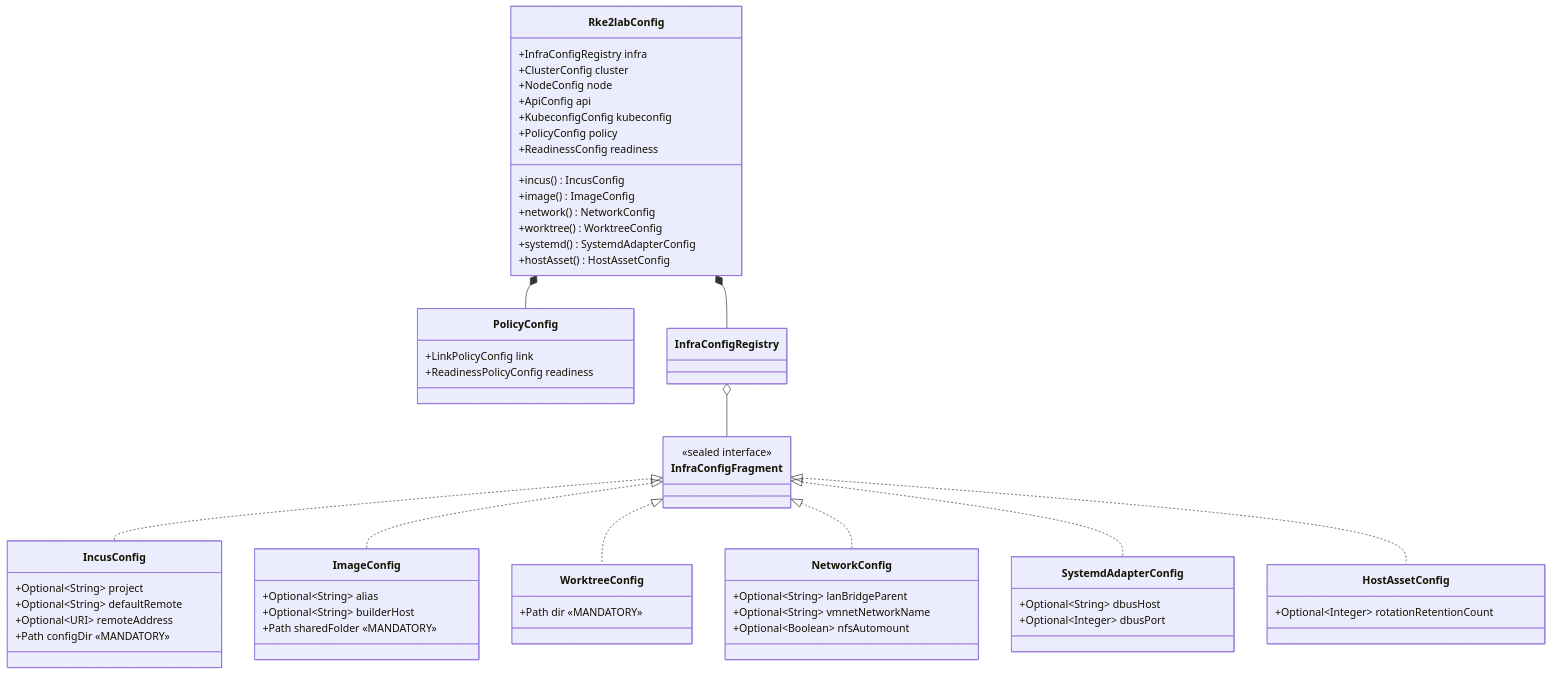
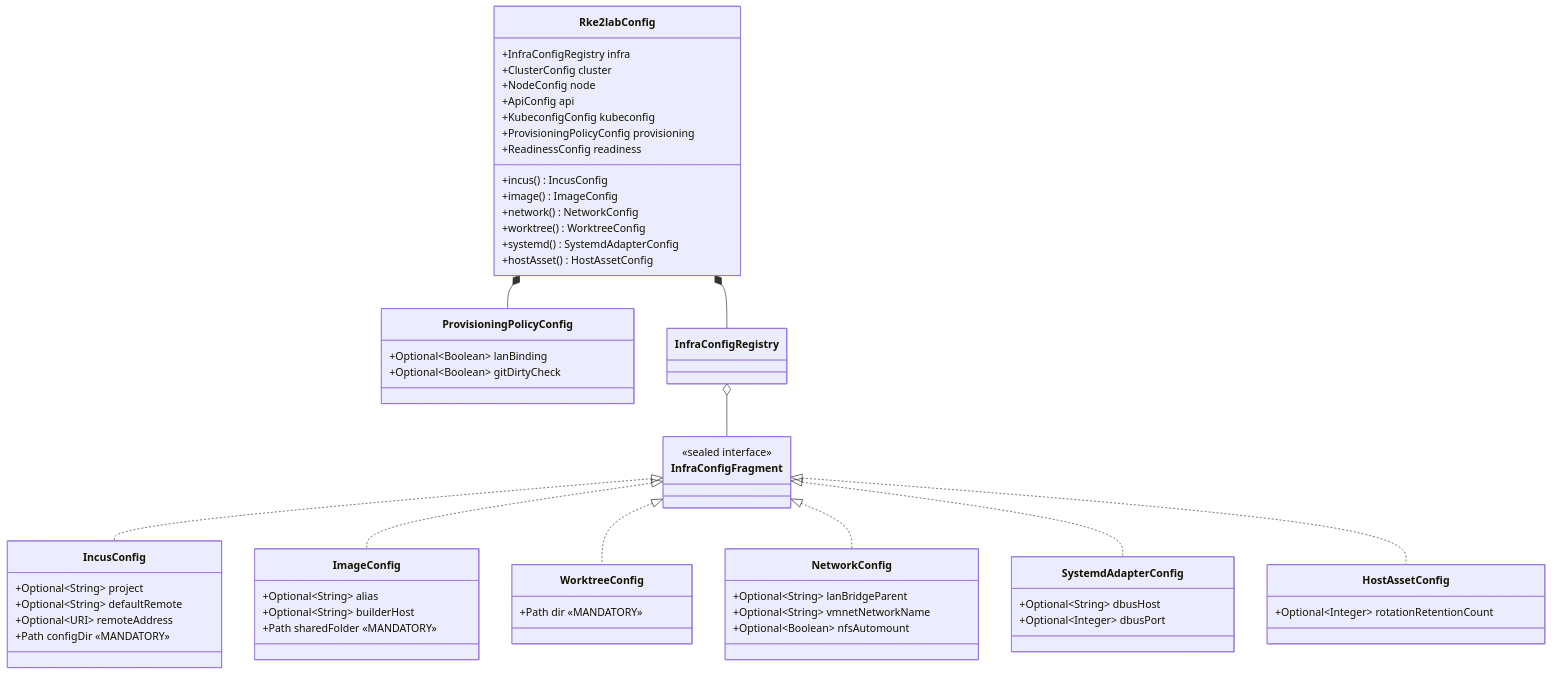
The third of 8 diagrams in docs/architecture/config/config-restructuring-spec.adoc (nxmatic/rke2lab), drawn with Mermaid before and after one commit. The commit also changed other lines of this file and 22 other files, not shown here.

```diff
--- a/docs/architecture/config/config-restructuring-spec.adoc
+++ b/docs/architecture/config/config-restructuring-spec.adoc
@@ -184,65 +187,65 @@
 [mermaid]
 ----
 classDiagram
     class Rke2labConfig {
         +InfraConfigRegistry infra
         +ClusterConfig cluster
         +NodeConfig node
         +ApiConfig api
         +KubeconfigConfig kubeconfig
-        +PolicyConfig policy
+        +ProvisioningPolicyConfig provisioning
         +ReadinessConfig readiness
         +incus() IncusConfig
         +image() ImageConfig
         +network() NetworkConfig
         +worktree() WorktreeConfig
         +systemd() SystemdAdapterConfig
         +hostAsset() HostAssetConfig
     }
 
     class InfraConfigFragment {
         <<sealed interface>>
     }
 
     class IncusConfig {
         +Optional~String~ project
         +Optional~String~ defaultRemote
         +Optional~URI~ remoteAddress
         +Path configDir  «MANDATORY»
     }
     class ImageConfig {
         +Optional~String~ alias
         +Optional~String~ builderHost
         +Path sharedFolder  «MANDATORY»
     }
     class WorktreeConfig {
         +Path dir  «MANDATORY»
     }
     class NetworkConfig {
         +Optional~String~ lanBridgeParent
         +Optional~String~ vmnetNetworkName
         +Optional~Boolean~ nfsAutomount
     }
     class SystemdAdapterConfig {
         +Optional~String~ dbusHost
         +Optional~Integer~ dbusPort
     }
     class HostAssetConfig {
         +Optional~Integer~ rotationRetentionCount
     }
 
-    class PolicyConfig {
-        +LinkPolicyConfig link
-        +ReadinessPolicyConfig readiness
+    class ProvisioningPolicyConfig {
+        +Optional~Boolean~ lanBinding
+        +Optional~Boolean~ gitDirtyCheck
     }
 
     Rke2labConfig *-- InfraConfigRegistry
-    Rke2labConfig *-- PolicyConfig
+    Rke2labConfig *-- ProvisioningPolicyConfig
     InfraConfigRegistry o-- InfraConfigFragment
     InfraConfigFragment <|.. IncusConfig
     InfraConfigFragment <|.. ImageConfig
     InfraConfigFragment <|.. WorktreeConfig
     InfraConfigFragment <|.. NetworkConfig
     InfraConfigFragment <|.. SystemdAdapterConfig
     InfraConfigFragment <|.. HostAssetConfig
 ----
```
